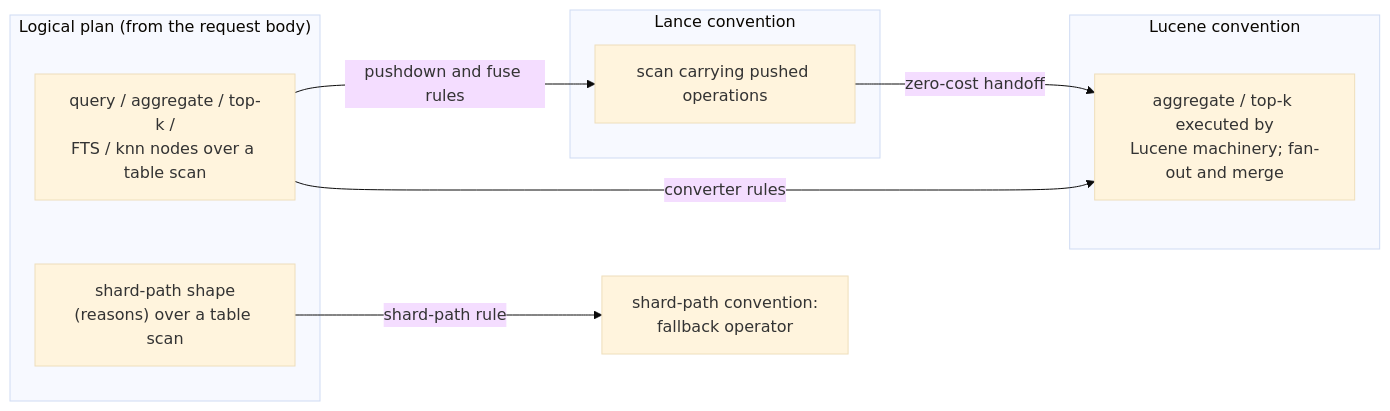
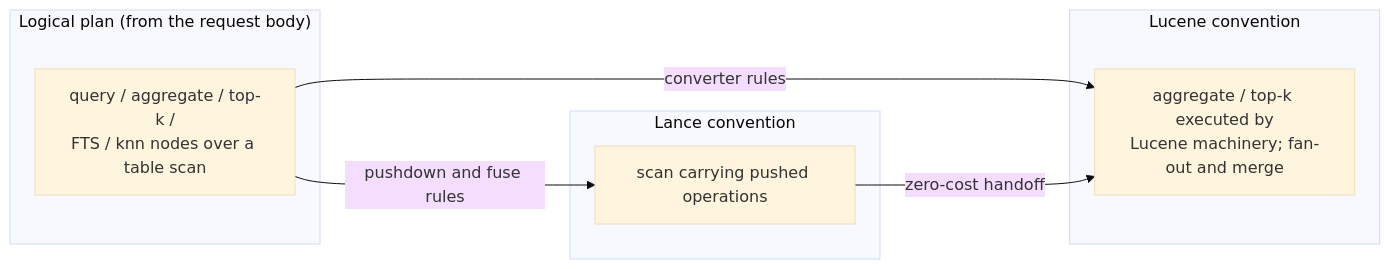
Before and after one commit to lawofcycles/lance-opensearch: the fifth of 5 diagrams in docs/architecture.md, drawn with Mermaid (base theme). The commit also changed other lines of this file and 10 other files, not shown here.

````diff
--- a/docs/architecture.md
+++ b/docs/architecture.md
@@ -361,18 +361,15 @@
 ```mermaid
 flowchart LR
     subgraph logical ["Logical plan (from the request body)"]
         LT["query / aggregate / top-k /<br/>FTS / knn nodes over a table scan"]
-        SS["shard-path shape<br/>(reasons) over a table scan"]
     end
     subgraph lance ["Lance convention"]
         PS["scan carrying pushed operations"]
     end
     subgraph lucene ["Lucene convention"]
         LE["aggregate / top-k executed by<br/>Lucene machinery; fan-out and merge"]
     end
-    SP["shard-path convention:<br/>fallback operator"]
     LT -- "pushdown and fuse rules" --> PS
     LT -- "converter rules" --> LE
     PS -- "zero-cost handoff" --> LE
-    SS -- "shard-path rule" --> SP
 ```
````
